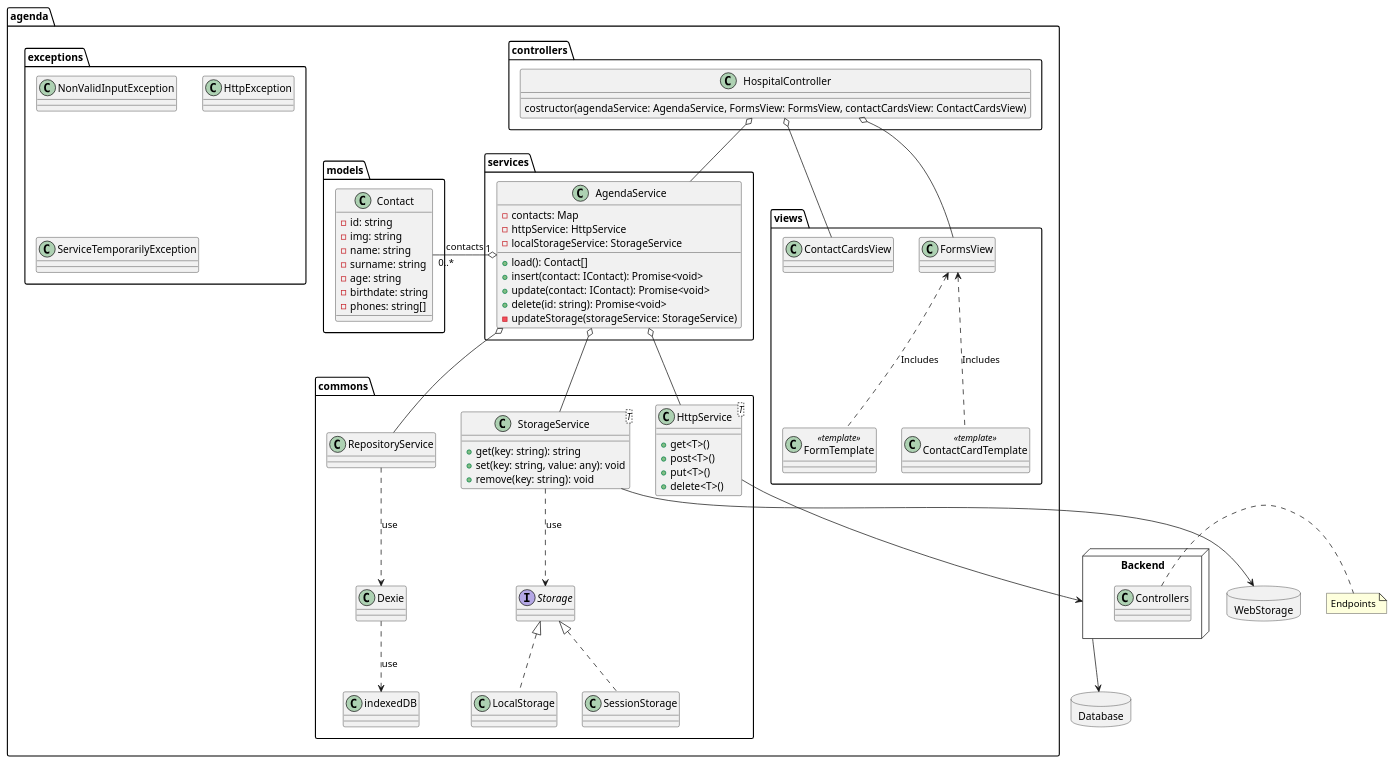
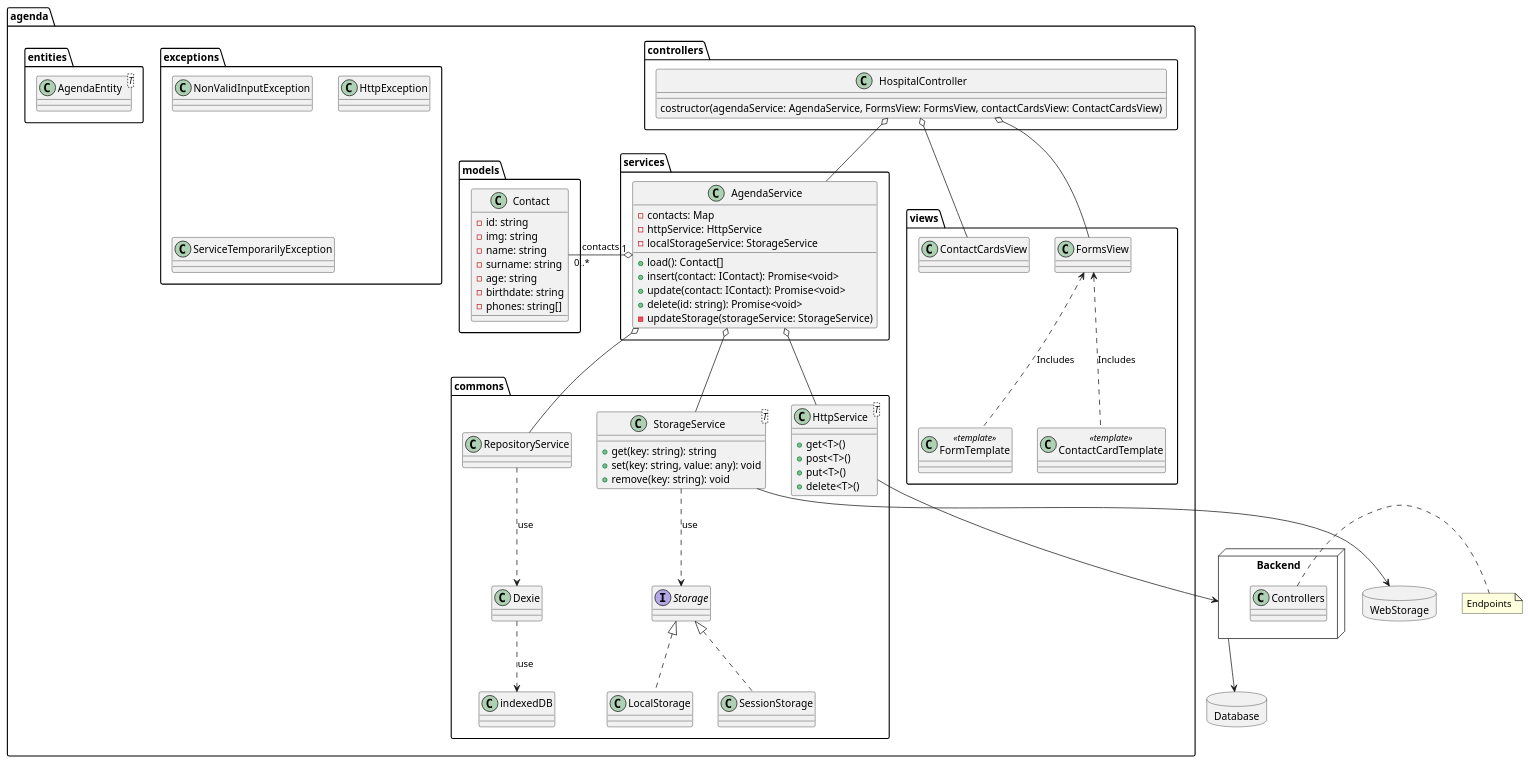
The diagram in docs/uml/agenda.puml (raulwwq0/Agenda-TypeScript), drawn with PlantUML before and after one commit.

Commit message:
feat(uml): add entity

```diff
--- a/docs/uml/agenda.puml
+++ b/docs/uml/agenda.puml
@@ -1,112 +1,116 @@
 @startuml Agenda
 
 package Database <<Database>> {
 
 }
 node Backend {
     class Controllers{}
 }
 note right: Endpoints
 
 Backend --> Database
 
 package agenda {
 
 
     package commons {
 
         class HttpService<T>{
             + get<T>()
             + post<T>()
             + put<T>()
             + delete<T>()
         }
 
         class StorageService<T> {
             + get(key: string): string
             + set(key: string, value: any): void
             + remove(key: string): void
         }
 
         class RepositoryService {}
 
         interface Storage {}
 
         class LocalStorage implements Storage {}
         class SessionStorage implements Storage {}
 
         StorageService -[dashed]-> Storage: "use"
         RepositoryService -[dashed]-> Dexie: "use"
         Dexie -[dashed]-> indexedDB: "use"
 
     }
 
     package services {
         class AgendaService {
 
             - contacts: Map
             - httpService: HttpService
             - localStorageService: StorageService
             + load(): Contact[]
             + insert(contact: IContact): Promise<void>
             + update(contact: IContact): Promise<void>
             + delete(id: string): Promise<void>
             - updateStorage(storageService: StorageService)
         }
 
         AgendaService o-- HttpService
         AgendaService o-- StorageService
         AgendaService o-- RepositoryService
     }
 
 
     package views {
         class ContactCardsView{}
         class FormsView{}
         class FormTemplate<<template>> {}
         class ContactCardTemplate<<template>> {}
 
         FormsView <.. FormTemplate: "Includes"
         FormsView <.. ContactCardTemplate: "Includes"
     }
     package controllers {
         class HospitalController {
             costructor(agendaService: AgendaService, FormsView: FormsView, contactCardsView: ContactCardsView)
 
         }
 
         HospitalController o-- AgendaService
         HospitalController o-- FormsView
         HospitalController o-- ContactCardsView
     }
     package models {
 
 
         class Contact {
             - id: string
             - img: string
             - name: string
             - surname: string
             - age: string
             - birthdate: string
             - phones: string[]
         }
 
 
         AgendaService "1" o- "0..*" Contact : contacts
     }
     package exceptions {
         class NonValidInputException{}
         class HttpException{}
         class ServiceTemporarilyException{}
     }
 
+    package entities {
+        class AgendaEntity<T>{}
+    }
+
 }
 
 package WebStorage <<Database>> {
 
 }
 
 StorageService --> WebStorage
 HttpService --> Backend
 @enduml
```
